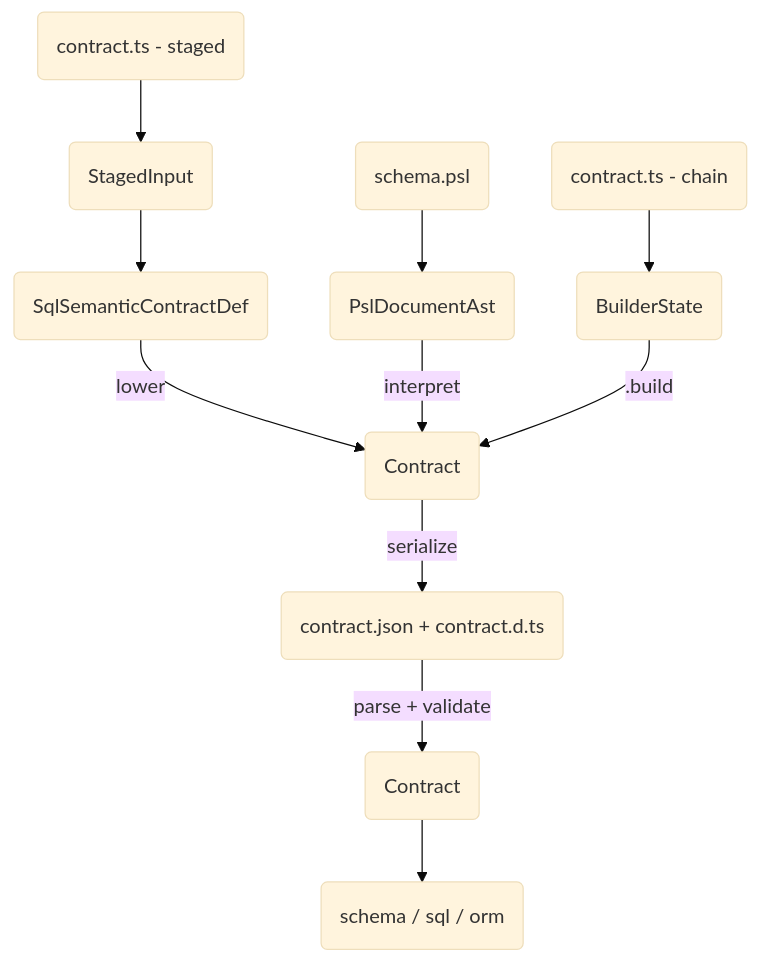
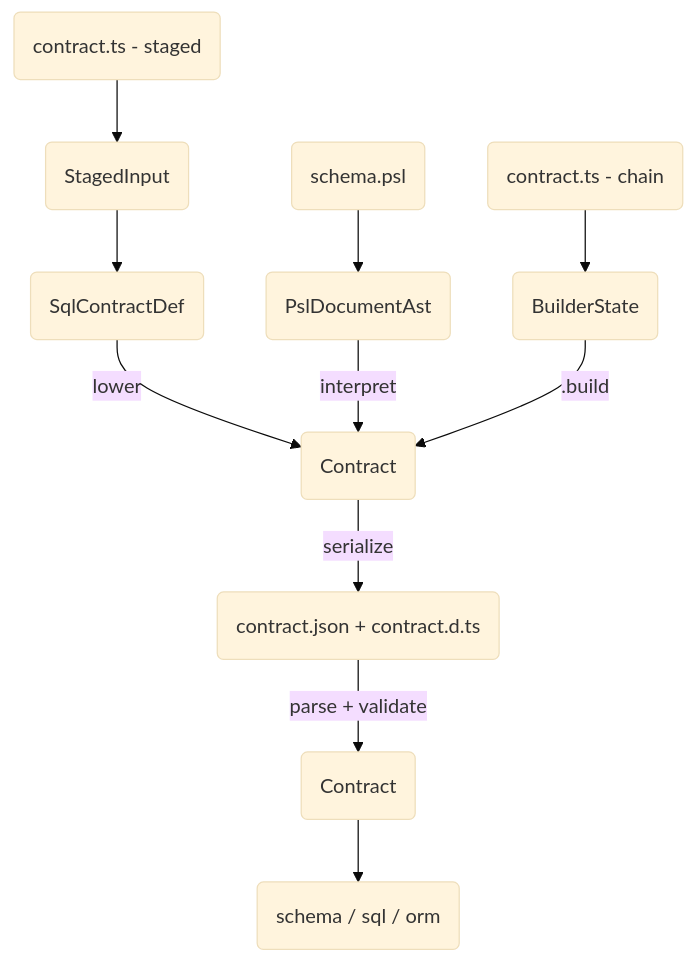
The first of 2 diagrams in docs/architecture docs/adrs/ADR 182 - Unified contract representation.md (prisma/prisma-next), drawn with Mermaid (base theme) before and after one commit. The commit also changed other lines of this file and 12 other files, not shown here.

````diff
--- a/docs/architecture docs/adrs/ADR 182 - Unified contract representation.md
+++ b/docs/architecture docs/adrs/ADR 182 - Unified contract representation.md
@@ -49,14 +49,14 @@
 ```mermaid
 graph TD
   PSL(schema.psl) --> AST(PslDocumentAst)
   TS_STAGED(contract.ts - staged) --> SCI(StagedInput)
   TS_CHAIN(contract.ts - chain) --> CBS(BuilderState)
-  SCI --> SSCD(SqlSemanticContractDef)
-  SSCD -->|lower| IR
+  SCI --> SCD(SqlContractDef)
+  SCD -->|lower| IR
   AST -->|interpret| IR
   CBS -->|.build| IR
   IR(Contract)
   IR -->|serialize| JSON(contract.json + contract.d.ts)
   JSON -->|parse + validate| SC(Contract)
   SC --> CONSUMERS(schema / sql / orm)
 ```
````
